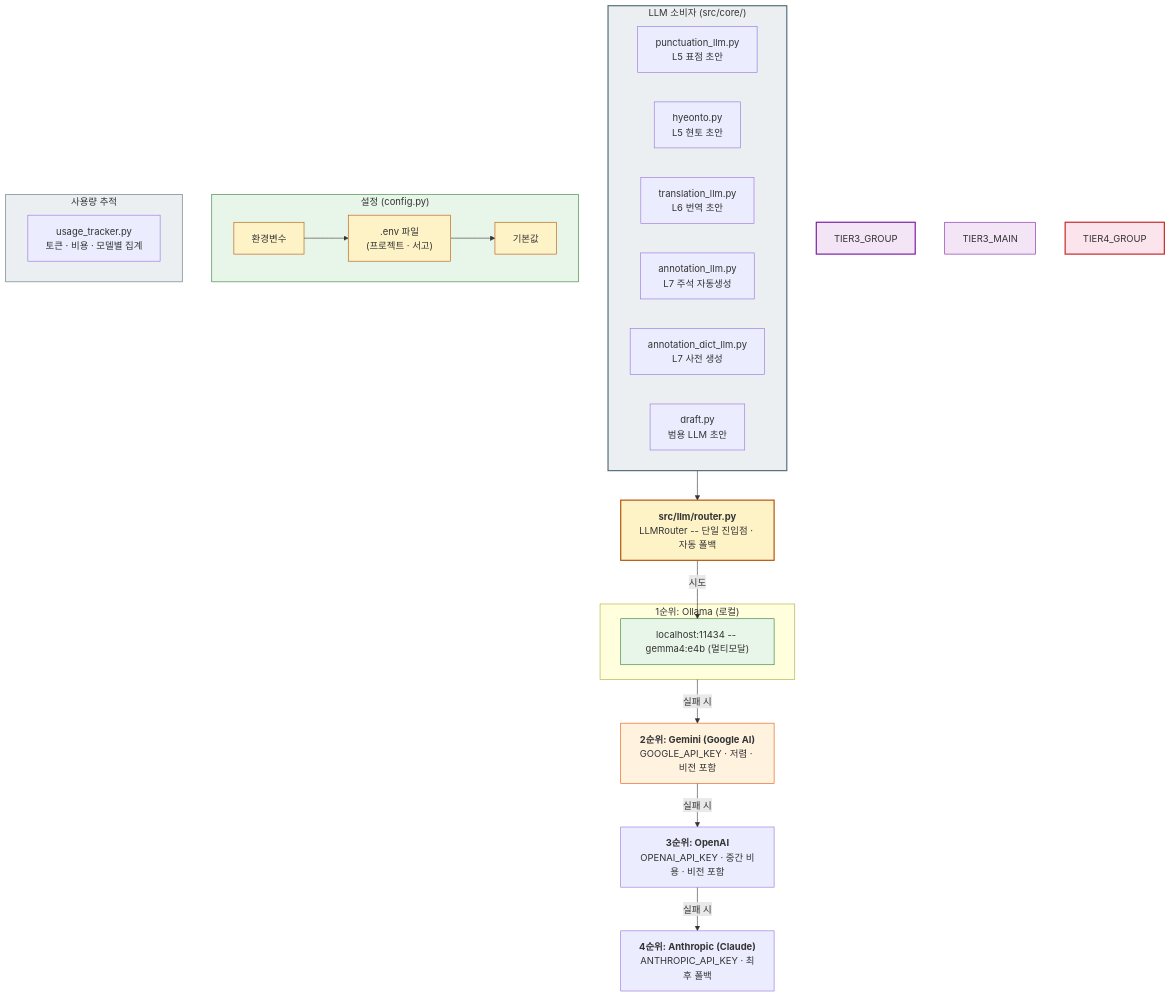
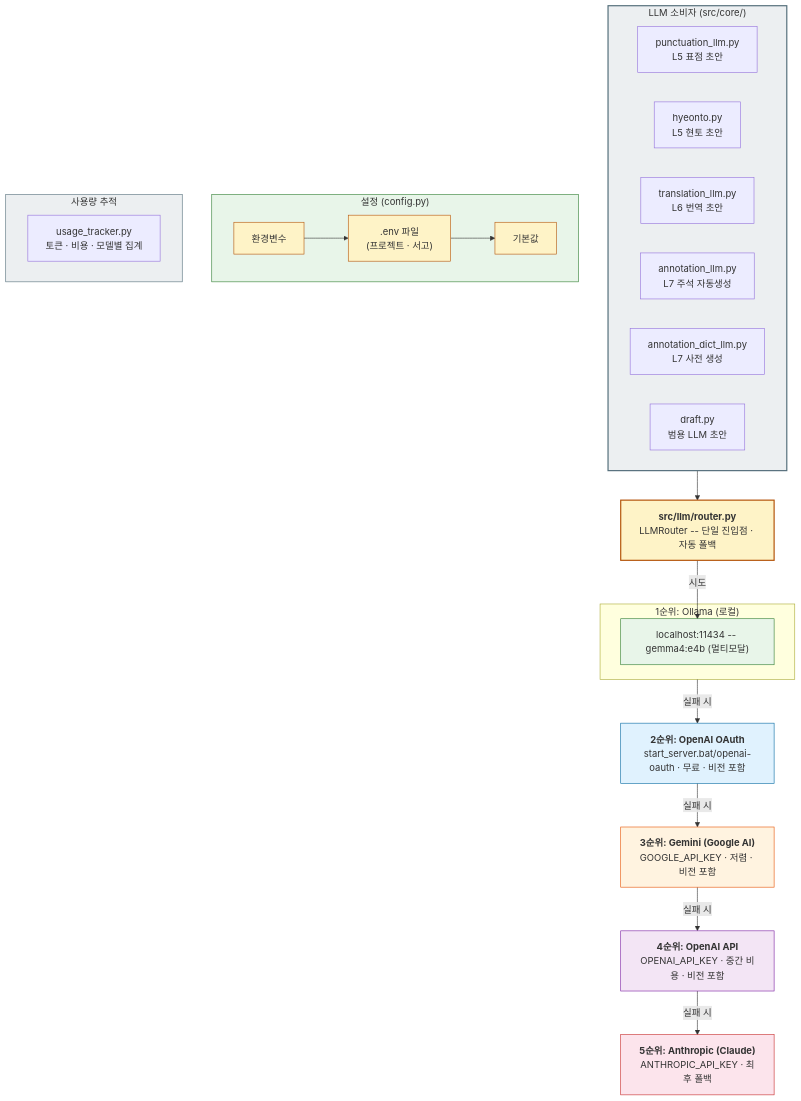
Before and after one commit to hw725/classical-text-browser: the fourth of 12 diagrams in docs/architecture-diagrams.md, drawn with Mermaid. The commit also changed other lines of this file and 11 other files, not shown here.

````diff
--- a/docs/architecture-diagrams.md
+++ b/docs/architecture-diagrams.md
@@ -260,53 +263,55 @@
 ```mermaid
 flowchart TB
     ENTRY["<b>src/llm/router.py</b><br/>LLMRouter -- 단일 진입점 · 자동 폴백"]
 
     ENTRY -->|"시도"| TIER1
 
     subgraph TIER1_GROUP["1순위: Ollama (로컬)"]
         TIER1["localhost:11434 -- gemma4:e4b (멀티모달)"]
     end
 
     TIER1_GROUP -->|"실패 시"| TIER2
-    TIER2["<b>2순위: Gemini (Google AI)</b><br/>GOOGLE_API_KEY · 저렴 · 비전 포함"]
+    TIER2["<b>2순위: OpenAI OAuth</b><br/>start_server.bat/openai-oauth · 무료 · 비전 포함"]
     TIER2 -->|"실패 시"| TIER3
-    TIER3["<b>3순위: OpenAI</b><br/>OPENAI_API_KEY · 중간 비용 · 비전 포함"]
+    TIER3["<b>3순위: Gemini (Google AI)</b><br/>GOOGLE_API_KEY · 저렴 · 비전 포함"]
     TIER3 -->|"실패 시"| TIER4
-    TIER4["<b>4순위: Anthropic (Claude)</b><br/>ANTHROPIC_API_KEY · 최후 폴백"]
+    TIER4["<b>4순위: OpenAI API</b><br/>OPENAI_API_KEY · 중간 비용 · 비전 포함"]
+    TIER4 -->|"실패 시"| TIER5
+    TIER5["<b>5순위: Anthropic (Claude)</b><br/>ANTHROPIC_API_KEY · 최후 폴백"]
 
     subgraph CONSUMERS["LLM 소비자 (src/core/)"]
         direction LR
         C1["punctuation_llm.py<br/>L5 표점 초안"]
         C2["hyeonto.py<br/>L5 현토 초안"]
         C3["translation_llm.py<br/>L6 번역 초안"]
         C4["annotation_llm.py<br/>L7 주석 자동생성"]
         C5["annotation_dict_llm.py<br/>L7 사전 생성"]
         C6["draft.py<br/>범용 LLM 초안"]
     end
 
     CONSUMERS --> ENTRY
 
     subgraph CONFIG["설정 (config.py)"]
         CF1["환경변수"]
         CF2[".env 파일<br/>(프로젝트 · 서고)"]
         CF3["기본값"]
         CF1 --> CF2 --> CF3
     end
 
     subgraph USAGE["사용량 추적"]
         UT["usage_tracker.py<br/>토큰 · 비용 · 모델별 집계"]
     end
 
     style ENTRY fill:#fef3c7,stroke:#b45309,stroke-width:2px
     style TIER1 fill:#e8f5e9,stroke:#2e7d32
-    style TIER2 fill:#fff3e0,stroke:#e65100
-    style TIER3_GROUP fill:#f3e5f5,stroke:#7b1fa2,stroke-width:2px
-    style TIER3_MAIN fill:#f3e5f5,stroke:#7b1fa2
-    style TIER4_GROUP fill:#fce4ec,stroke:#c62828,stroke-width:2px
+    style TIER2 fill:#e0f2fe,stroke:#0369a1
+    style TIER3 fill:#fff3e0,stroke:#e65100
+    style TIER4 fill:#f3e5f5,stroke:#7b1fa2
+    style TIER5 fill:#fce4ec,stroke:#c62828
     style CONSUMERS fill:#eceff1,stroke:#546e7a,stroke-width:2px
     style CONFIG fill:#e8f5e9,stroke:#2e7d32
     style CF1 fill:#fef3c7,stroke:#b45309
     style CF2 fill:#fef3c7,stroke:#b45309
     style CF3 fill:#fef3c7,stroke:#b45309
     style USAGE fill:#eceff1,stroke:#546e7a
 ```
````
